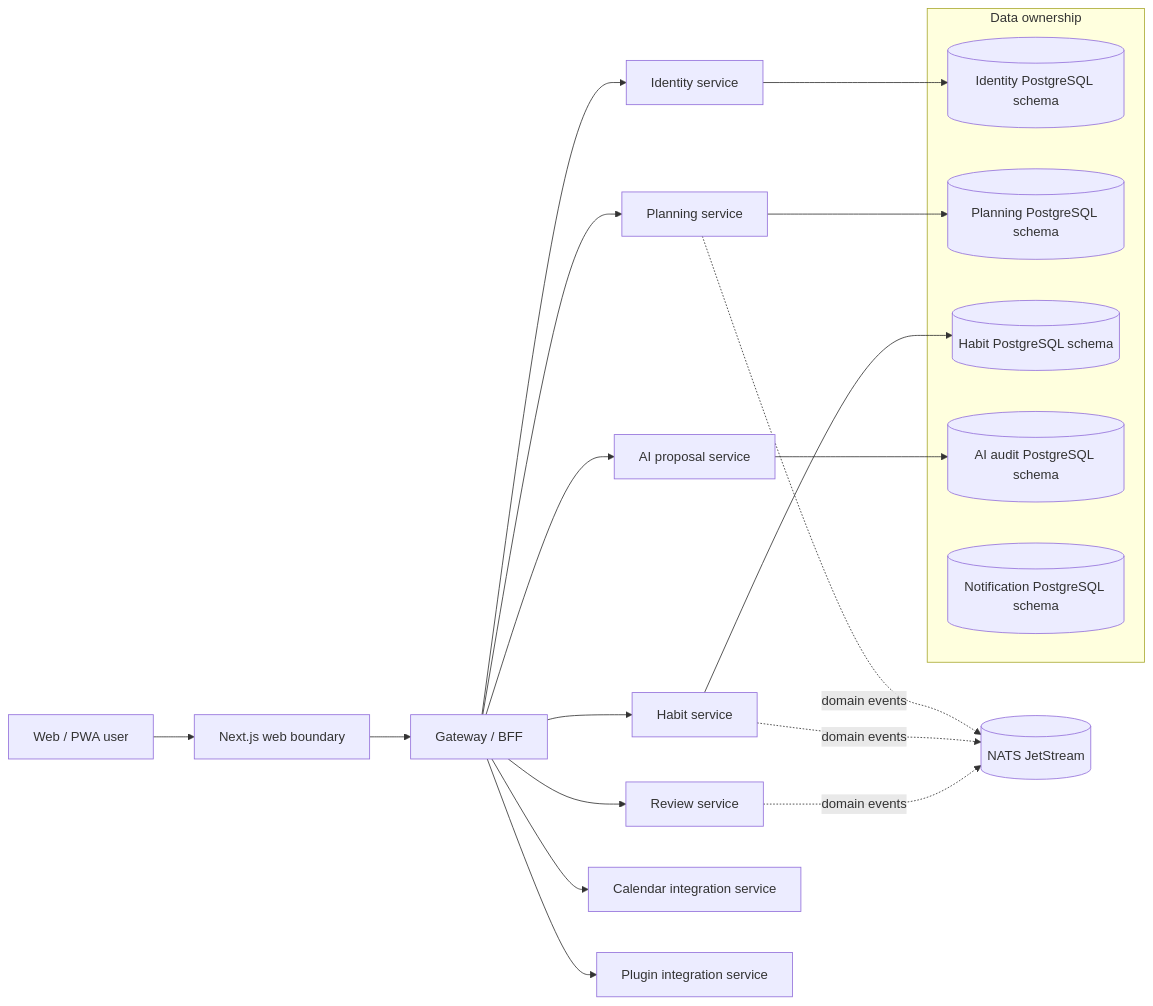
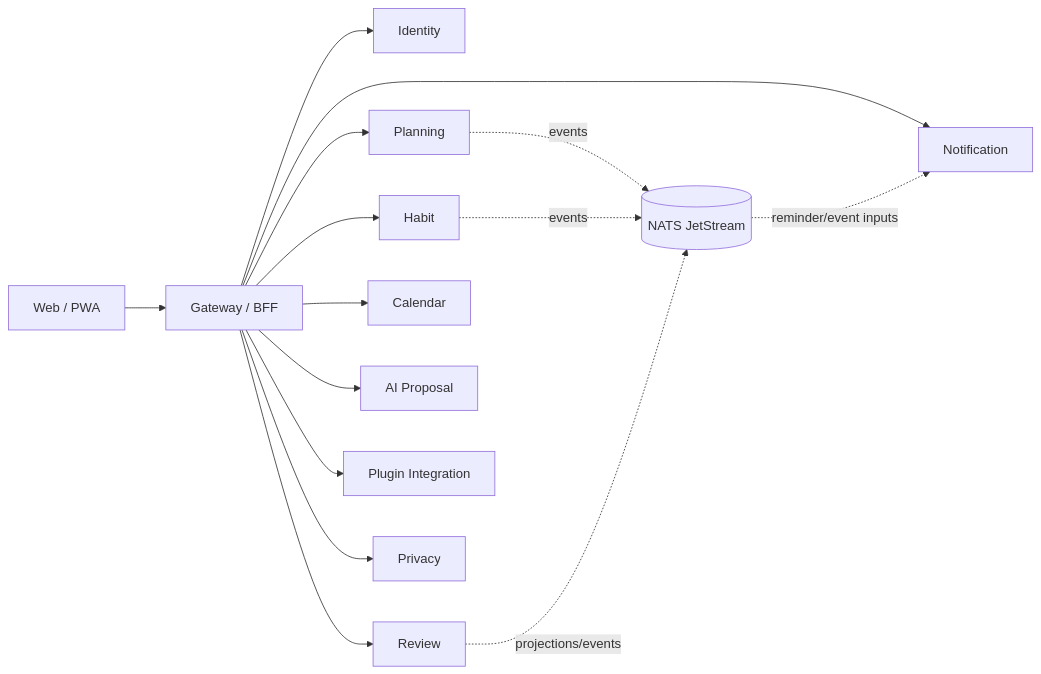
The diagram in ARCHITECTURE.md (ContextualWisdomLab/life-os), drawn with Mermaid before and after one commit. The commit also changed other lines of this file and 30 other files, not shown here.

Commit message:
docs: reconstruct canonical architecture on current main

````diff
--- a/ARCHITECTURE.md
+++ b/ARCHITECTURE.md
@@ -9,26 +11,17 @@
 ```mermaid
 flowchart LR
-    U[Web / PWA user] --> W[Next.js web boundary]
-    W --> G[Gateway / BFF]
-    G --> I[Identity service]
-    G --> P[Planning service]
-    G --> H[Habit service]
-    G --> R[Review service]
-    G --> A[AI proposal service]
-    G --> C[Calendar integration service]
-    G --> X[Plugin integration service]
-    P -. domain events .-> N[(NATS JetStream)]
-    H -. domain events .-> N
-    R -. domain events .-> N
-    subgraph Data ownership
-      IDB[(Identity PostgreSQL schema)]
-      PDB[(Planning PostgreSQL schema)]
-      HDB[(Habit PostgreSQL schema)]
-      ADB[(AI audit PostgreSQL schema)]
-      NDB[(Notification PostgreSQL schema)]
-    end
-    I --> IDB
-    P --> PDB
-    H --> HDB
-    A --> ADB
+    U[Web / PWA] --> G[Gateway / BFF]
+    G --> I[Identity]
+    G --> P[Planning]
+    G --> H[Habit]
+    G --> R[Review]
+    G --> C[Calendar]
+    G --> N[Notification]
+    G --> A[AI Proposal]
+    G --> X[Plugin Integration]
+    G --> V[Privacy]
+    P -. events .-> J[(NATS JetStream)]
+    H -. events .-> J
+    R -. projections/events .-> J
+    J -. reminder/event inputs .-> N
 ```
````
